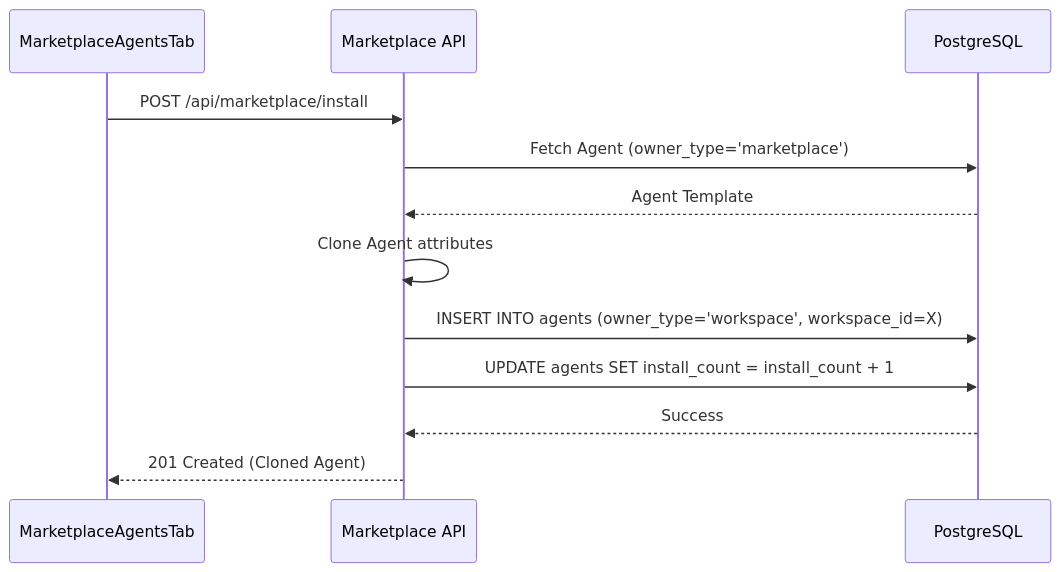
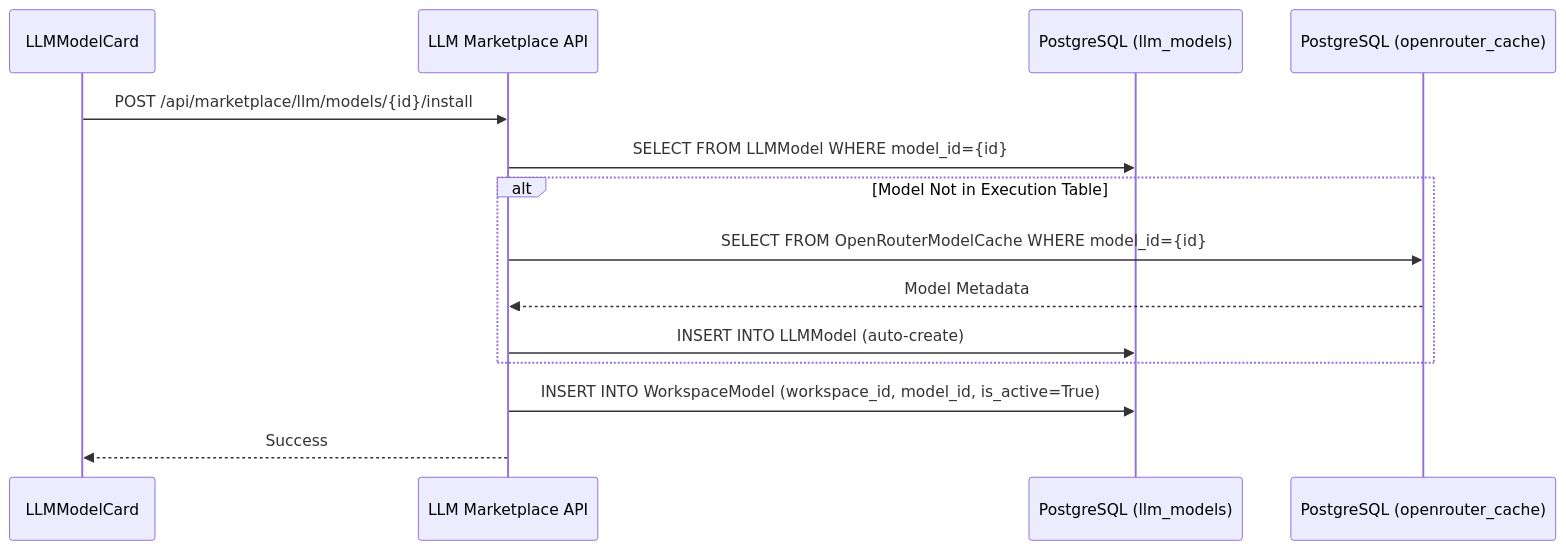
The second of 2 diagrams in docs/community-marketplace/marketplace-overview.md (AutomatosAI/automatos-ai), drawn with Mermaid before and after one commit. The commit also changed other lines of this file and 153 other files, not shown here.

````diff
--- a/docs/community-marketplace/marketplace-overview.md
+++ b/docs/community-marketplace/marketplace-overview.md
@@ -107,15 +111,17 @@
 ```mermaid
 sequenceDiagram
-    participant UI as MarketplaceAgentsTab
-    participant API as Marketplace API
-    participant DB as PostgreSQL
+    participant UI as LLMModelCard
+    participant API as LLM Marketplace API
+    participant DB as PostgreSQL (llm_models)
+    participant Cache as PostgreSQL (openrouter_cache)
     
-    UI->>API: POST /api/marketplace/install
-    API->>DB: Fetch Agent (owner_type='marketplace')
-    DB-->>API: Agent Template
-    API->>API: Clone Agent attributes
-    API->>DB: INSERT INTO agents (owner_type='workspace', workspace_id=X)
-    API->>DB: UPDATE agents SET install_count = install_count + 1
-    DB-->>API: Success
-    API-->>UI: 201 Created (Cloned Agent)
+    UI->>API: POST /api/marketplace/llm/models/{id}/install
+    API->>DB: SELECT FROM LLMModel WHERE model_id={id}
+    alt Model Not in Execution Table
+        API->>Cache: SELECT FROM OpenRouterModelCache WHERE model_id={id}
+        Cache-->>API: Model Metadata
+        API->>DB: INSERT INTO LLMModel (auto-create)
+    end
+    API->>DB: INSERT INTO WorkspaceModel (workspace_id, model_id, is_active=True)
+    API-->>UI: Success
 ```
````
